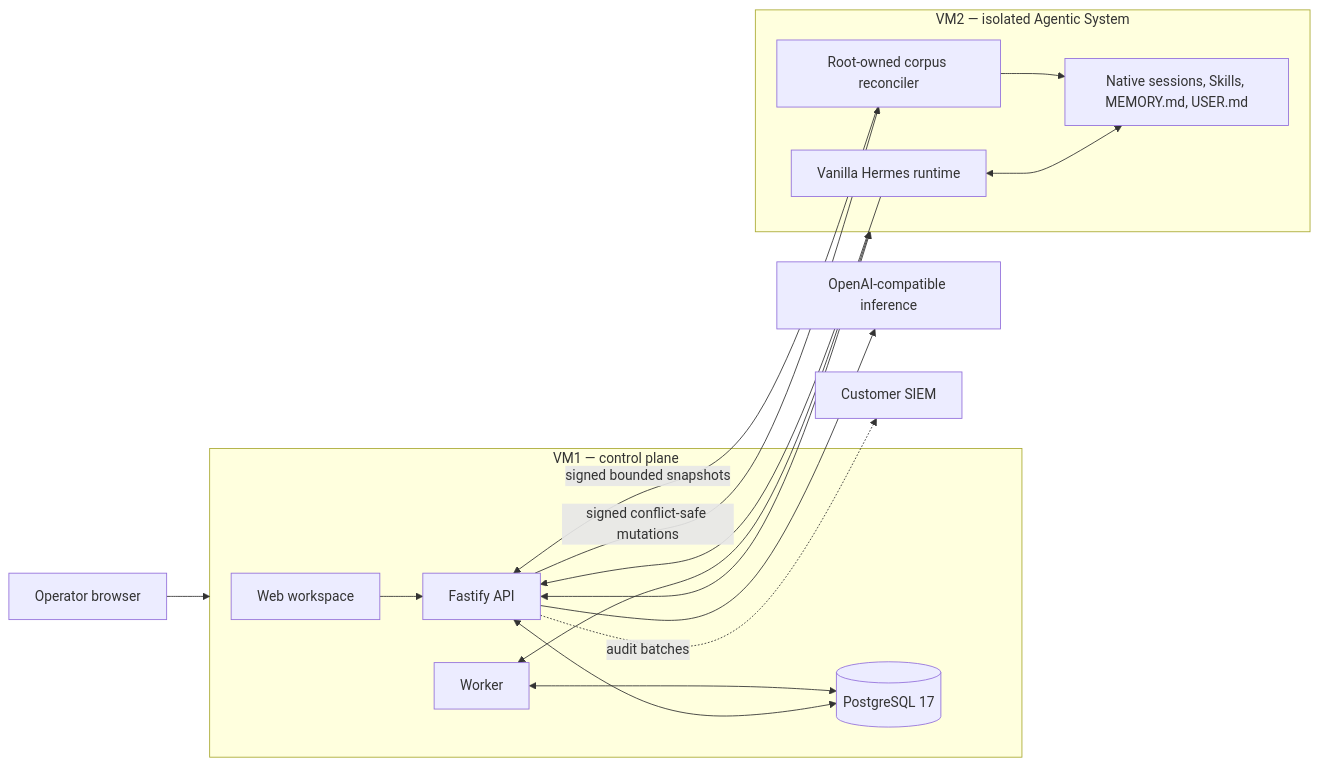
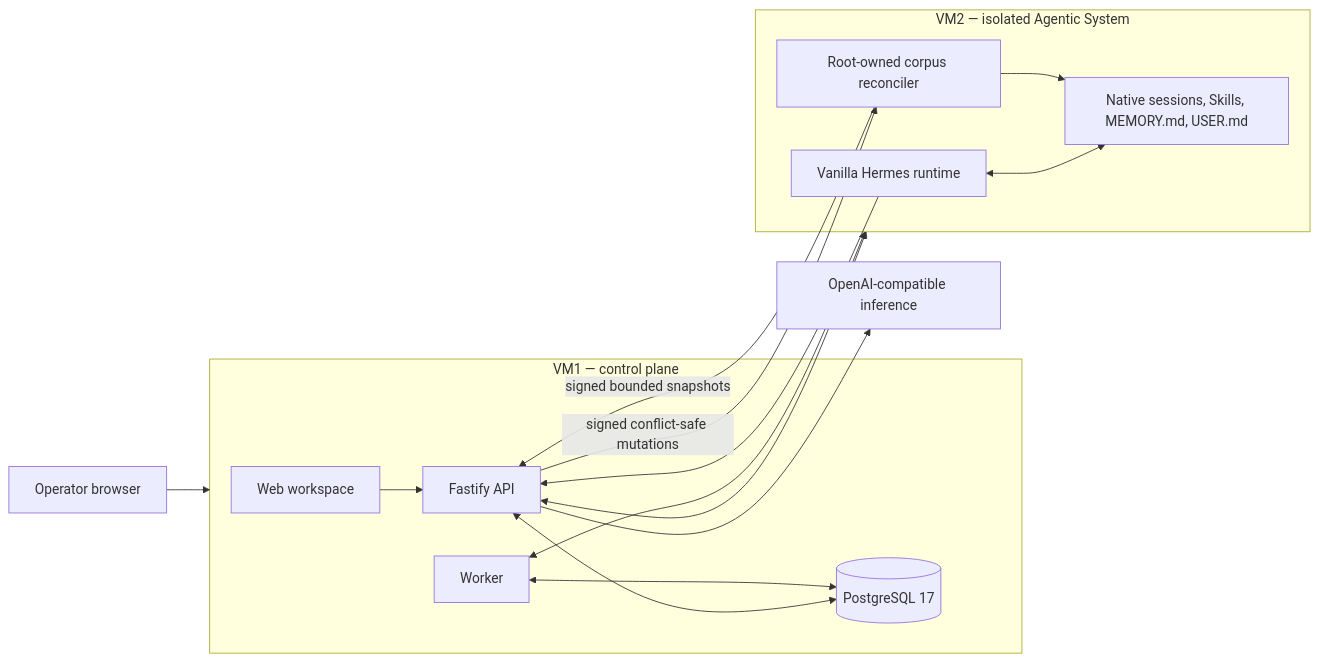
Before and after one commit to multichainerz/AI: the diagram in docs/ARCHITECTURE.md, drawn with Mermaid. The commit also changed other lines of this file and 120 other files, not shown here.

````diff
--- a/docs/ARCHITECTURE.md
+++ b/docs/ARCHITECTURE.md
@@ -7,23 +7,22 @@
 ```mermaid
 flowchart LR
   Browser[Operator browser] --> VM1
   subgraph VM1[VM1 — control plane]
     Web[Web workspace] --> API[Fastify API]
     API <--> PG[(PostgreSQL 17)]
     Worker[Worker] <--> PG
   end
   API <--> VM2
   Worker <--> VM2
   subgraph VM2[VM2 — isolated Agentic System]
     Hermes[Vanilla Hermes runtime]
     Native[Native sessions, Skills, MEMORY.md, USER.md]
     Corpus[Root-owned corpus reconciler]
     Hermes <--> Native
     Corpus --> Native
   end
   Corpus -->|signed bounded snapshots| API
   API -->|signed conflict-safe mutations| Corpus
   API --> Inference[OpenAI-compatible inference]
   Hermes --> API
-  API -. audit batches .-> SIEM[Customer SIEM]
 ```
````
